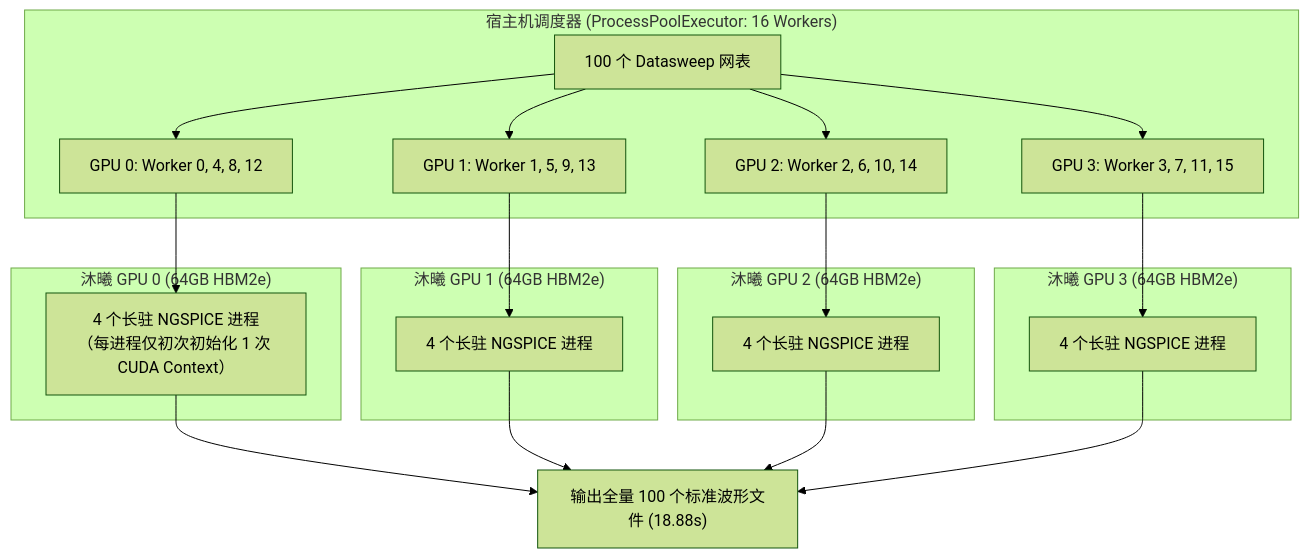
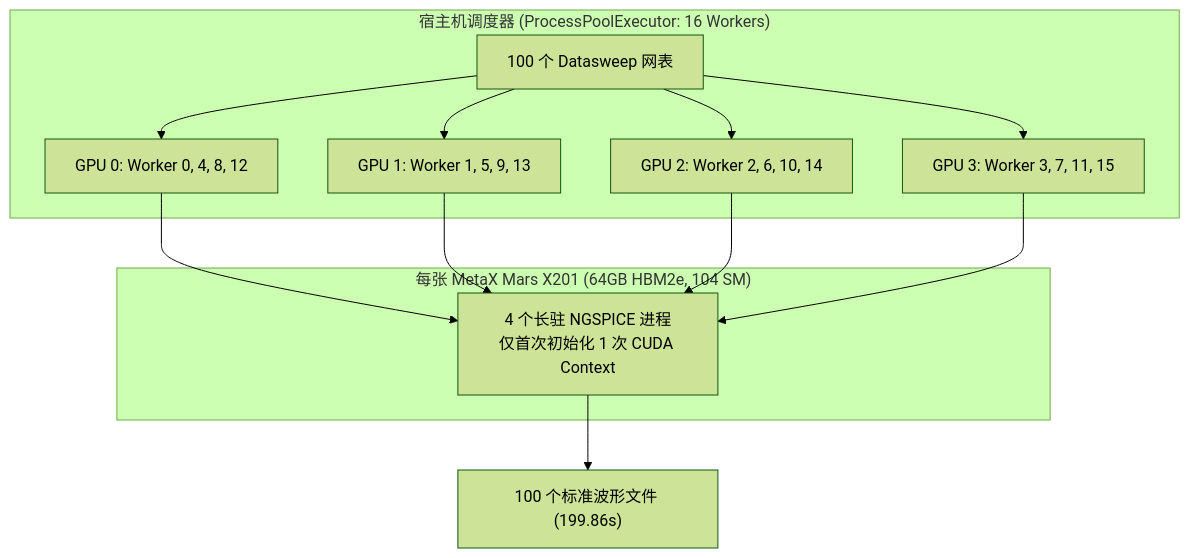
The third of 3 diagrams in submission/docs/TECHNICAL_REPORT.md (mathMing/EDA-MUXI), drawn with Mermaid (forest theme) before and after one commit. The commit also changed other lines of this file and 316 other files, not shown here.

````diff
--- a/submission/docs/TECHNICAL_REPORT.md
+++ b/submission/docs/TECHNICAL_REPORT.md
@@ -142,27 +114,15 @@
 ```mermaid
 flowchart TD
     subgraph Host["宿主机调度器 (ProcessPoolExecutor: 16 Workers)"]
         D["100 个 Datasweep 网表"] --> B0["GPU 0: Worker 0, 4, 8, 12"]
         D --> B1["GPU 1: Worker 1, 5, 9, 13"]
         D --> B2["GPU 2: Worker 2, 6, 10, 14"]
         D --> B3["GPU 3: Worker 3, 7, 11, 15"]
     end
-
-    subgraph GPU0["沐曦 GPU 0 (64GB HBM2e)"]
-        B0 --> P0["4 个长驻 NGSPICE 进程<br/>（每进程仅初次初始化 1 次 CUDA Context）"]
+    
+    subgraph GPU["每张 MetaX Mars X201 (64GB HBM2e, 104 SM)"]
+        B0 & B1 & B2 & B3 --> P["4 个长驻 NGSPICE 进程<br/>仅首次初始化 1 次 CUDA Context"]
     end
-    subgraph GPU1["沐曦 GPU 1 (64GB HBM2e)"]
-        B1 --> P1["4 个长驻 NGSPICE 进程"]
-    end
-    subgraph GPU2["沐曦 GPU 2 (64GB HBM2e)"]
-        B2 --> P2["4 个长驻 NGSPICE 进程"]
-    end
-    subgraph GPU3["沐曦 GPU 3 (64GB HBM2e)"]
-        B3 --> P3["4 个长驻 NGSPICE 进程"]
-    end
-
-    P0 --> R["输出全量 100 个标准波形文件 (18.88s)"]
-    P1 --> R
-    P2 --> R
-    P3 --> R
+    
+    P --> R["100 个标准波形文件 (199.86s)"]
 ```
````
